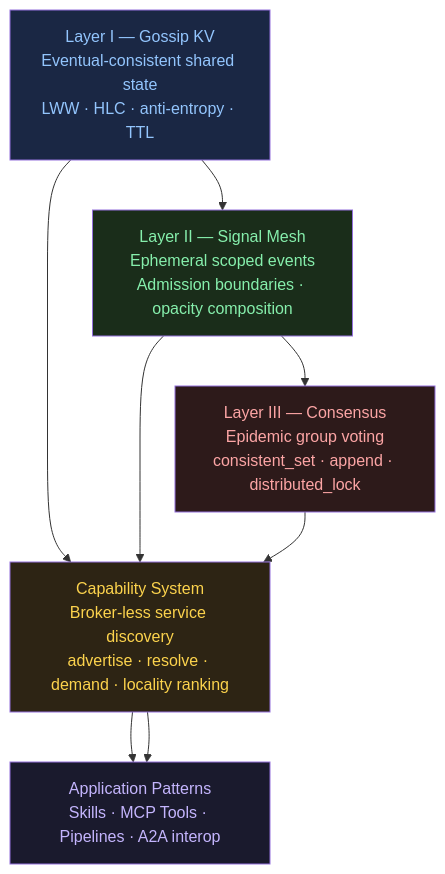
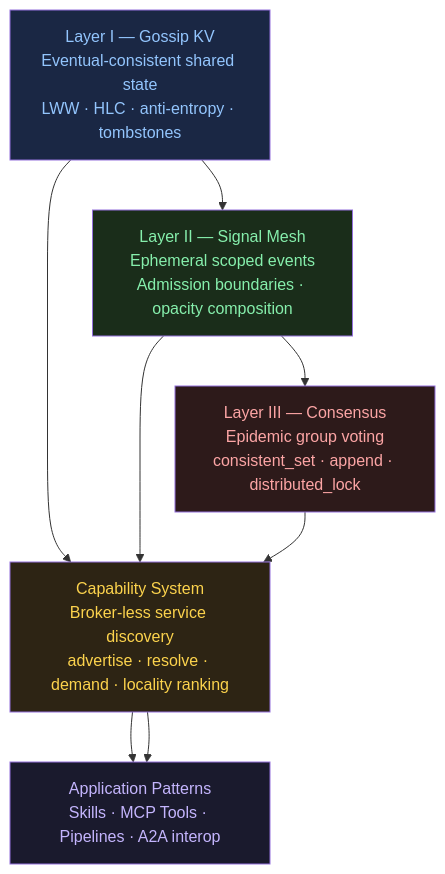
The diagram in docs/guide/README.md (RichardTathata/mycelium), drawn with Mermaid before and after one commit. The commit also changed 21 other files, not shown here.

````diff
--- a/docs/guide/README.md
+++ b/docs/guide/README.md
@@ -80,18 +80,18 @@
 ```mermaid
 graph TD
-    A["Layer I — Gossip KV<br/>Eventual-consistent shared state<br/>LWW · HLC · anti-entropy · TTL"] --> B
+    A["Layer I — Gossip KV<br/>Eventual-consistent shared state<br/>LWW · HLC · anti-entropy · tombstones"] --> B
     B["Layer II — Signal Mesh<br/>Ephemeral scoped events<br/>Admission boundaries · opacity composition"] --> C
     C["Layer III — Consensus<br/>Epidemic group voting<br/>consistent_set · append · distributed_lock"]
     D["Capability System<br/>Broker-less service discovery<br/>advertise · resolve · demand · locality ranking"] --> E
     E["Application Patterns<br/>Skills · MCP Tools · Pipelines · A2A interop"]
     A --> D
     B --> D
     C --> D
     D --> E
 
     style A fill:#1a2744,color:#93c5fd
     style B fill:#1a2d1a,color:#86efac
     style C fill:#2d1a1a,color:#fca5a5
     style D fill:#2d2414,color:#fcd34d
     style E fill:#1a1a2d,color:#c4b5fd
 ```
````
